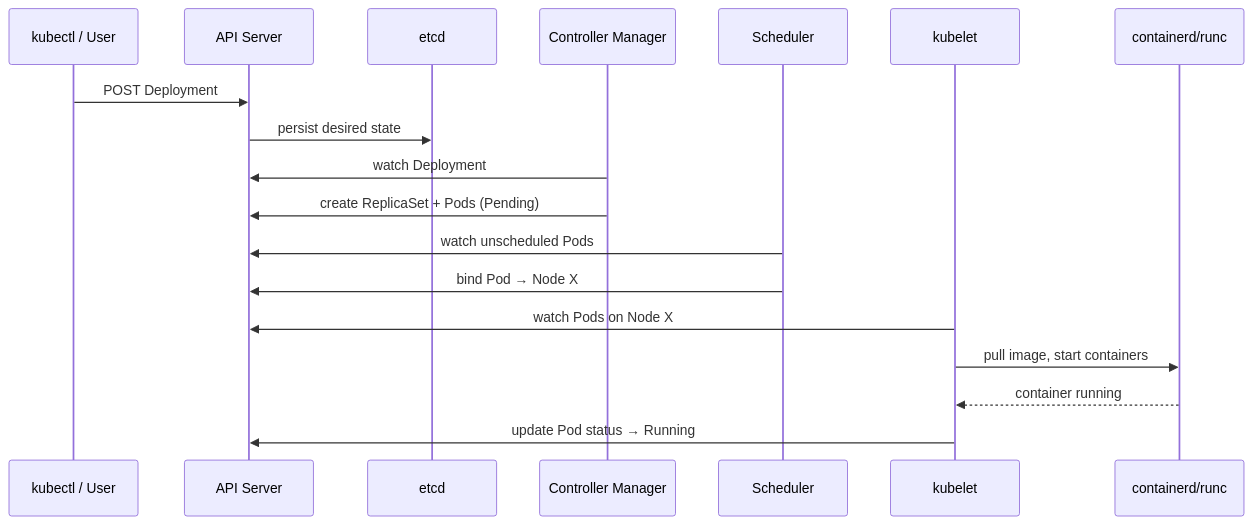
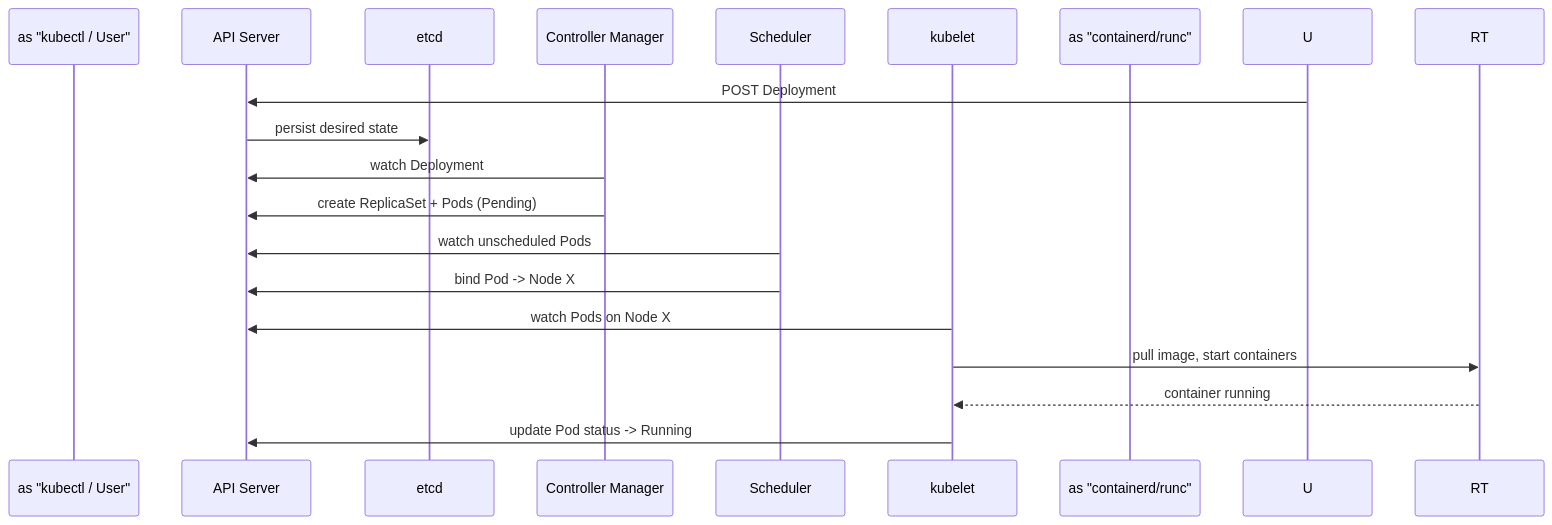
Diagram 24 of 47 in 11-cloud-and-kubernetes/README.md (hareramcse/SystemDesign), drawn with Mermaid before and after one commit. The commit also changed other lines of this file and 14 other files, not shown here.

````diff
--- a/11-cloud-and-kubernetes/README.md
+++ b/11-cloud-and-kubernetes/README.md
@@ -1236,21 +1236,21 @@
 ```mermaid
 sequenceDiagram
-    participant U as kubectl / User
+    participant  as "kubectl / User"
     participant API as API Server
     participant ETCD as etcd
     participant CM as Controller Manager
     participant SCH as Scheduler
     participant K as kubelet
-    participant RT as containerd/runc
+    participant  as "containerd/runc"
 
     U->>API: POST Deployment
     API->>ETCD: persist desired state
     CM->>API: watch Deployment
     CM->>API: create ReplicaSet + Pods (Pending)
     SCH->>API: watch unscheduled Pods
-    SCH->>API: bind Pod → Node X
+    SCH->>API: bind Pod -> Node X
     K->>API: watch Pods on Node X
     K->>RT: pull image, start containers
     RT-->>K: container running
-    K->>API: update Pod status → Running
+    K->>API: update Pod status -> Running
 ```
````
